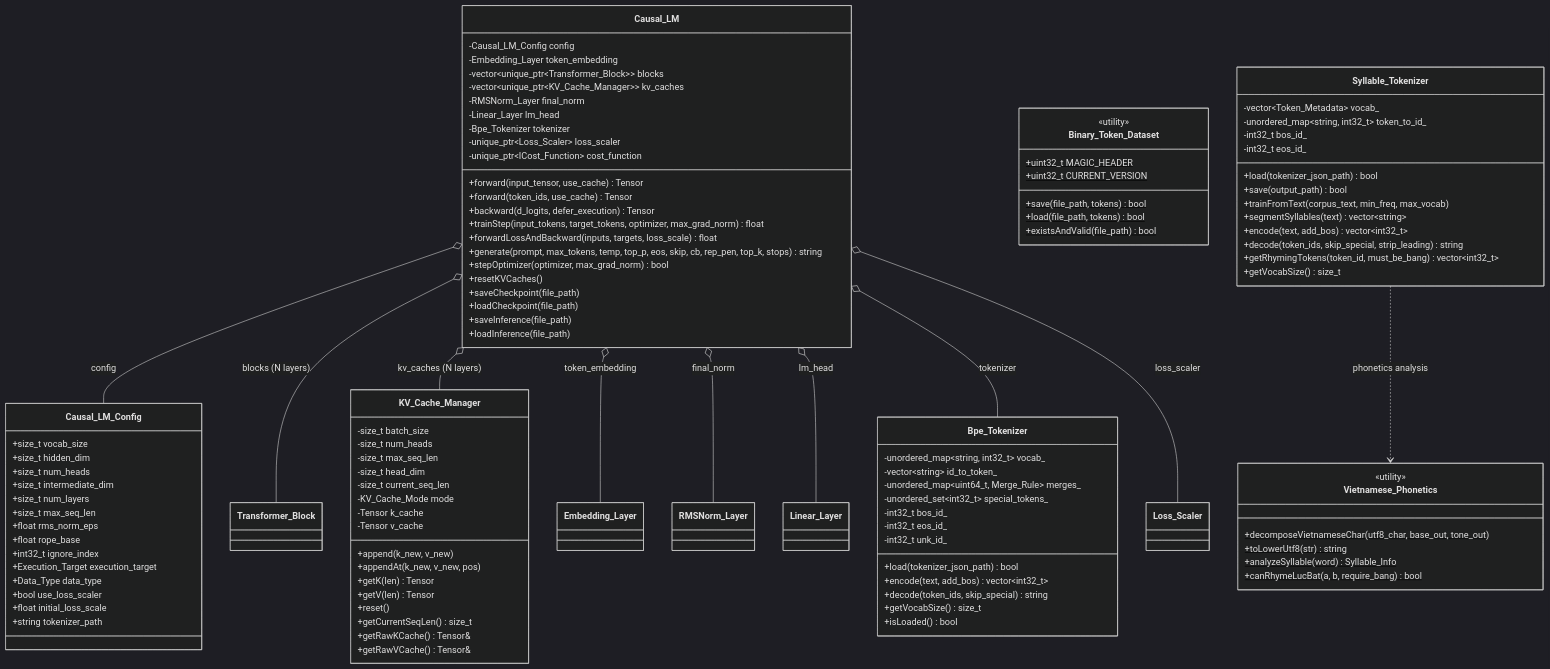
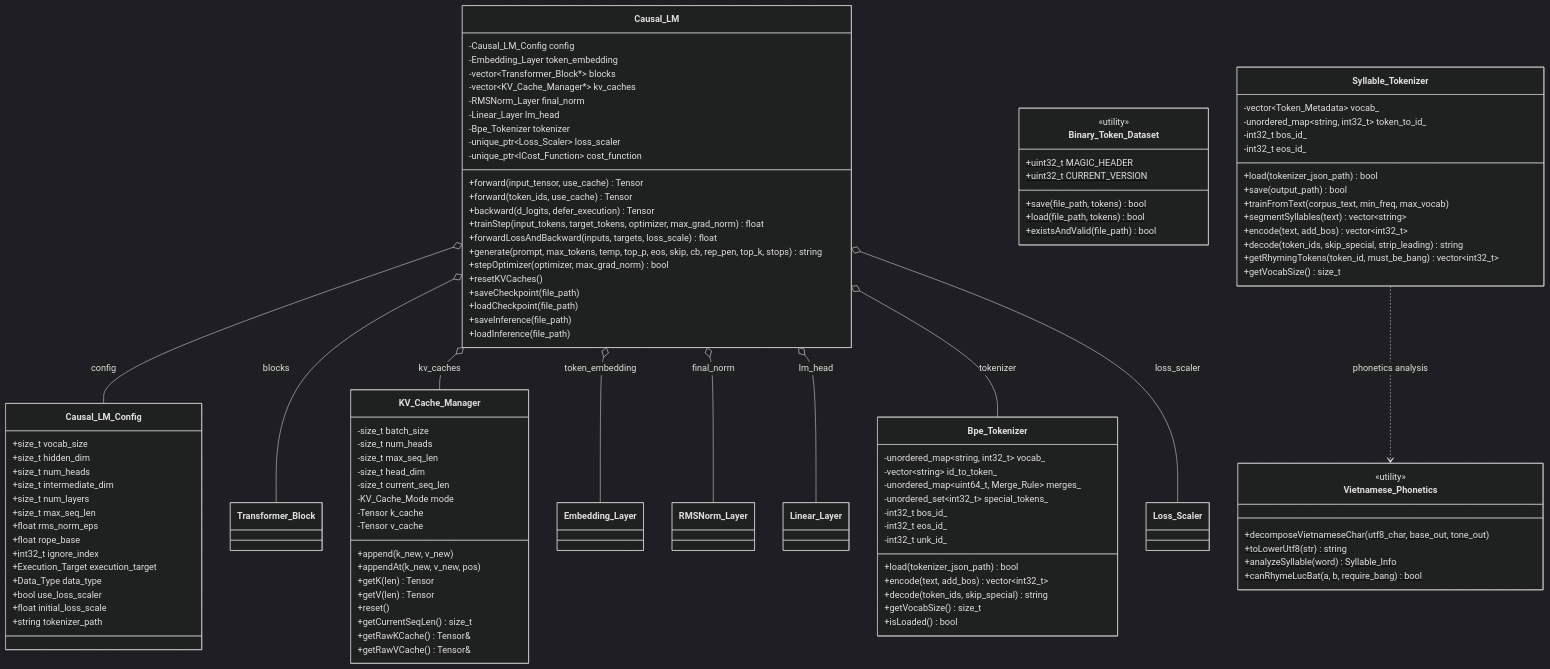
The seventh of 11 diagrams in architechture.md (HungVQ1991/VulkanML), drawn with Mermaid (dark theme) before and after one commit. The commit also changed other lines of this file, not shown here.

```diff
--- a/architechture.md
+++ b/architechture.md
@@ -706,8 +706,8 @@
     class Causal_LM {
         -Causal_LM_Config config
         -Embedding_Layer token_embedding
-        -vector~unique_ptr~Transformer_Block~~ blocks
-        -vector~unique_ptr~KV_Cache_Manager~~ kv_caches
+        -vector~Transformer_Block*~ blocks
+        -vector~KV_Cache_Manager*~ kv_caches
         -RMSNorm_Layer final_norm
         -Linear_Layer lm_head
         -Bpe_Tokenizer tokenizer
@@ -794,8 +794,8 @@
     }
 
     Causal_LM o-- Causal_LM_Config : config
-    Causal_LM o-- Transformer_Block : blocks (N layers)
-    Causal_LM o-- KV_Cache_Manager : kv_caches (N layers)
+    Causal_LM o-- Transformer_Block : blocks
+    Causal_LM o-- KV_Cache_Manager : kv_caches
     Causal_LM o-- Embedding_Layer : token_embedding
     Causal_LM o-- RMSNorm_Layer : final_norm
     Causal_LM o-- Linear_Layer : lm_head
```
